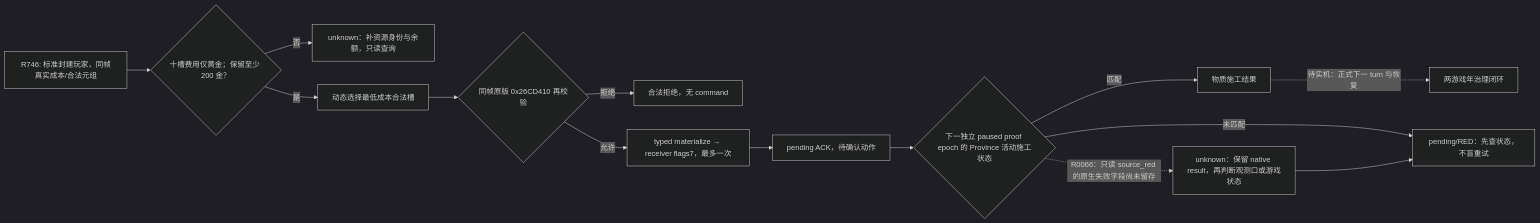
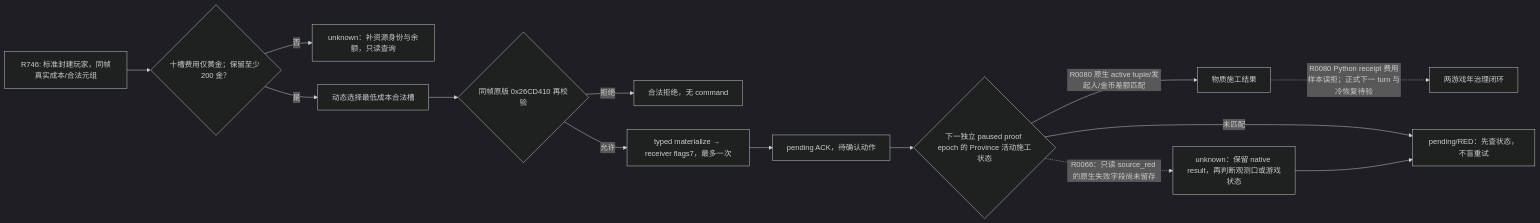
Before and after one commit to XenoAmess/ck3_eternal_recurrence: the diagram in docs/ck3-native-ai/domain-construction-world-cost-to-action.md, drawn with Mermaid (dark theme). The commit also changed other lines of this file and 2 other files, not shown here.

Commit message:
GOV-B0-R0080 accept material construction receipt without new cost sample

````diff
--- a/docs/ck3-native-ai/domain-construction-world-cost-to-action.md
+++ b/docs/ck3-native-ai/domain-construction-world-cost-to-action.md
@@ -11,16 +11,16 @@
 ```mermaid
 flowchart LR
     W["R746: 标准封建玩家，同帧真实成本/合法元组"] --> B{"十槽费用仅黄金；保留至少 200 金？"}
     B -->|否| U["unknown：补资源身份与余额，只读查询"]
     B -->|是| S["动态选择最低成本合法槽"]
     S --> V{"同帧原版 0x26CD410 再校验"}
     V -->|拒绝| R["合法拒绝，无 command"]
     V -->|允许| Q["typed materialize → receiver flags7，最多一次"]
     Q --> A["pending ACK，待确认动作"]
     A --> N{"下一独立 paused proof epoch 的 Province 活动施工状态"}
-    N -->|匹配| M["物质施工结果"]
+    N -->|R0080 原生 active tuple/发起人/金币差额匹配| M["物质施工结果"]
     N -->|未匹配| P["pending/RED：先查状态，不盲重试"]
     N -. "R0066：只读 source_red 的原生失败字段尚未留存" .-> X["unknown：保留 native result，再判断观测口或游戏状态"]
     X --> P
-    M -. "待实机：正式下一 turn 与恢复" .-> T["两游戏年治理闭环"]
+    M -. "R0080 Python receipt 费用样本误拒；正式下一 turn 与冷恢复待验" .-> T["两游戏年治理闭环"]
 ```
````
